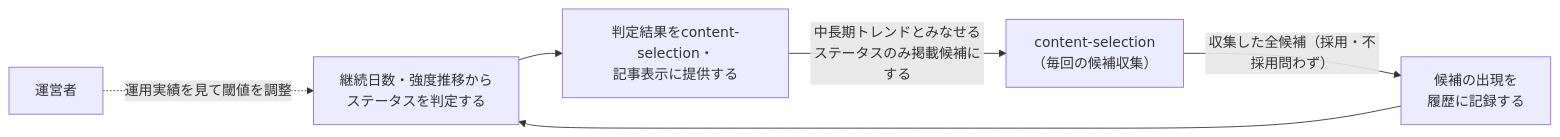
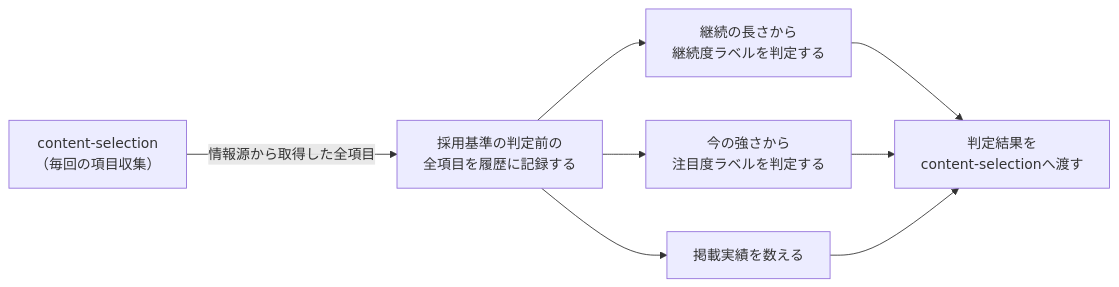
The diagram in specs/trend-digest/trend-history/requirements.md (zakiyama0108/benriyatool), drawn with Mermaid before and after one commit. The commit also changed other lines of this file and 7 other files, not shown here.

````diff
--- a/specs/trend-digest/trend-history/requirements.md
+++ b/specs/trend-digest/trend-history/requirements.md
@@ -19,14 +20,17 @@
 ```mermaid
 flowchart LR
-    operator["運営者"]
-    contentSelection["content-selection<br>（毎回の候補収集）"]
-    recordHistory["候補の出現を<br>履歴に記録する"]
-    computeStatus["継続日数・強度推移から<br>ステータスを判定する"]
-    provideStatus["判定結果をcontent-selection・<br>記事表示に提供する"]
+    contentSelection["content-selection<br>（毎回の項目収集）"]
+    recordHistory["採用基準の判定前の<br>全項目を履歴に記録する"]
+    judgeDuration["継続の長さから<br>継続度ラベルを判定する"]
+    judgeHeat["今の強さから<br>注目度ラベルを判定する"]
+    trackPublish["掲載実績を数える"]
+    provide["判定結果を<br>content-selectionへ渡す"]
 
-    contentSelection -->|収集した全候補（採用・不採用問わず）| recordHistory
-    recordHistory --> computeStatus
-    computeStatus --> provideStatus
-    provideStatus -->|中長期トレンドとみなせるステータスのみ掲載候補にする| contentSelection
-    operator -.->|運用実績を見て閾値を調整| computeStatus
+    contentSelection -->|情報源から取得した全項目| recordHistory
+    recordHistory --> judgeDuration
+    recordHistory --> judgeHeat
+    recordHistory --> trackPublish
+    judgeDuration --> provide
+    judgeHeat --> provide
+    trackPublish --> provide
 ```
````
